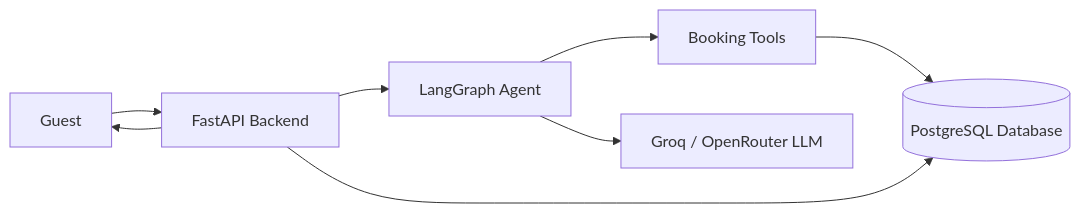
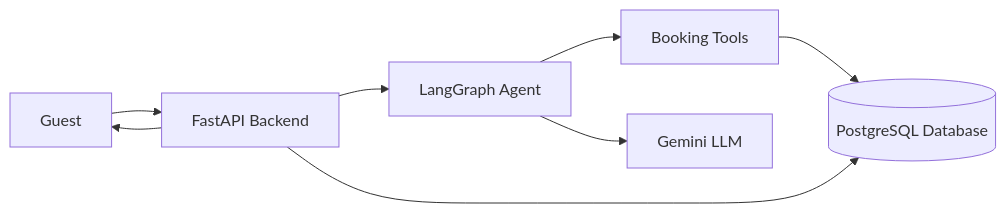
The diagram in README.md (MH-SHUVO20/StayEase), drawn with Mermaid before and after one commit. The commit also changed other lines of this file and 6 other files, not shown here.

Commit message:
Align agent skeleton with Gemini provider

````diff
--- a/README.md
+++ b/README.md
@@ -9,10 +9,10 @@
 ```mermaid
 flowchart LR
     Guest[Guest] --> Backend[FastAPI Backend]
     Backend --> Agent[LangGraph Agent]
     Agent --> Tools[Booking Tools]
     Tools --> DB[(PostgreSQL Database)]
-    Agent --> LLM[Groq / OpenRouter LLM]
+    Agent --> LLM[Gemini LLM]
     Backend --> DB
     Backend --> Guest
 ```
````
